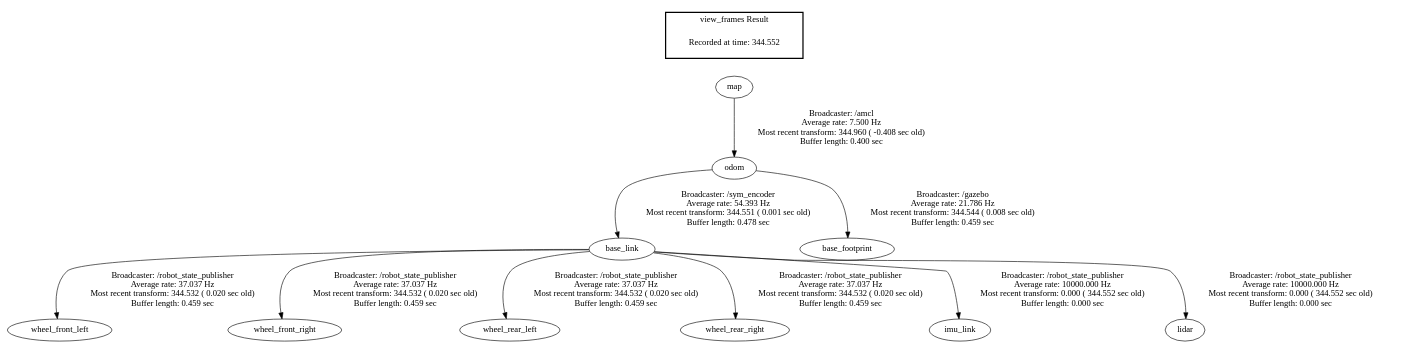
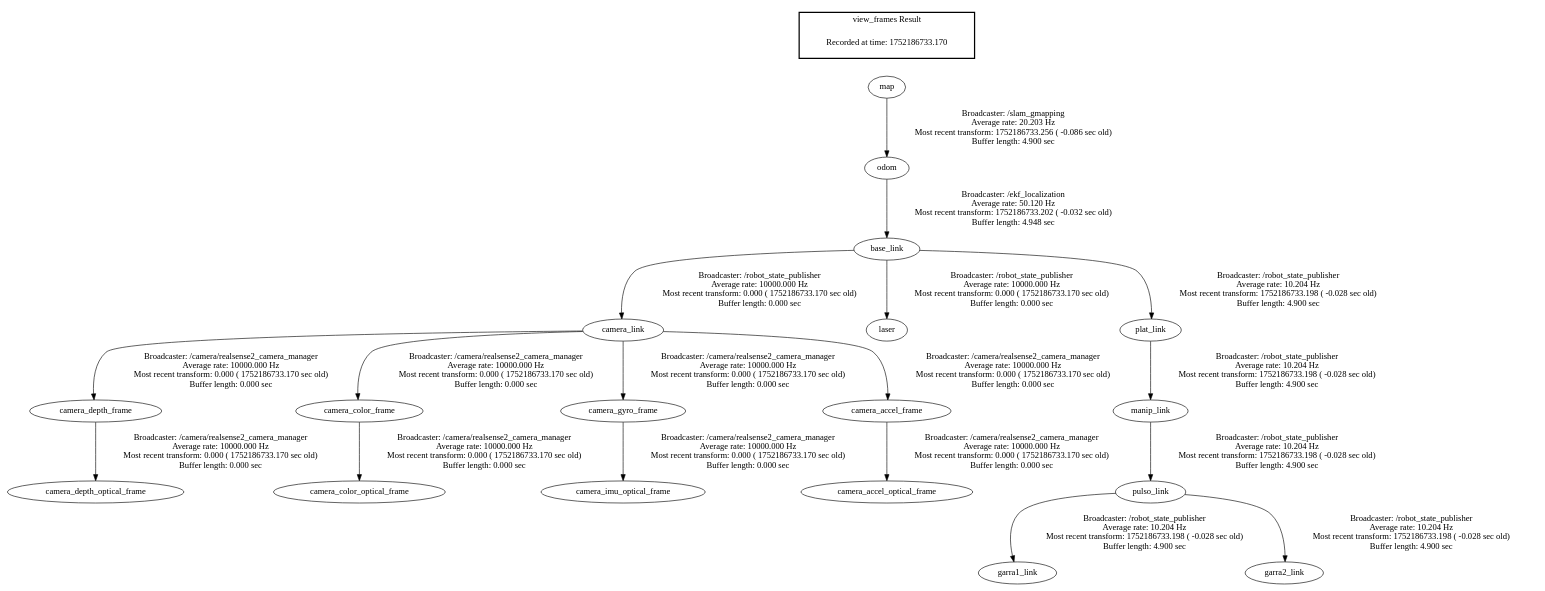
One commit to Grupo-SEMEAR-USP/Work_2025 changed the diagram in jetson/robot_ws/frames.gv. Above: the diagram before and after it, drawn with Graphviz. The commit also changed 16 other files, not shown here.

```diff
--- a/jetson/robot_ws/frames.gv
+++ b/jetson/robot_ws/frames.gv
@@ -1,15 +1,23 @@
 digraph G {
-"map" -> "odom"[label="Broadcaster: /amcl\nAverage rate: 7.500 Hz\nMost recent transform: 344.960 ( -0.408 sec old)\nBuffer length: 0.400 sec\n"];
-"base_link" -> "wheel_front_left"[label="Broadcaster: /robot_state_publisher\nAverage rate: 37.037 Hz\nMost recent transform: 344.532 ( 0.020 sec old)\nBuffer length: 0.459 sec\n"];
-"odom" -> "base_link"[label="Broadcaster: /sym_encoder\nAverage rate: 54.393 Hz\nMost recent transform: 344.551 ( 0.001 sec old)\nBuffer length: 0.478 sec\n"];
-"base_link" -> "wheel_front_right"[label="Broadcaster: /robot_state_publisher\nAverage rate: 37.037 Hz\nMost recent transform: 344.532 ( 0.020 sec old)\nBuffer length: 0.459 sec\n"];
-"base_link" -> "wheel_rear_left"[label="Broadcaster: /robot_state_publisher\nAverage rate: 37.037 Hz\nMost recent transform: 344.532 ( 0.020 sec old)\nBuffer length: 0.459 sec\n"];
-"base_link" -> "wheel_rear_right"[label="Broadcaster: /robot_state_publisher\nAverage rate: 37.037 Hz\nMost recent transform: 344.532 ( 0.020 sec old)\nBuffer length: 0.459 sec\n"];
-"odom" -> "base_footprint"[label="Broadcaster: /gazebo\nAverage rate: 21.786 Hz\nMost recent transform: 344.544 ( 0.008 sec old)\nBuffer length: 0.459 sec\n"];
-"base_link" -> "imu_link"[label="Broadcaster: /robot_state_publisher\nAverage rate: 10000.000 Hz\nMost recent transform: 0.000 ( 344.552 sec old)\nBuffer length: 0.000 sec\n"];
-"base_link" -> "lidar"[label="Broadcaster: /robot_state_publisher\nAverage rate: 10000.000 Hz\nMost recent transform: 0.000 ( 344.552 sec old)\nBuffer length: 0.000 sec\n"];
+"odom" -> "base_link"[label="Broadcaster: /ekf_localization\nAverage rate: 50.120 Hz\nMost recent transform: 1752186733.202 ( -0.032 sec old)\nBuffer length: 4.948 sec\n"];
+"map" -> "odom"[label="Broadcaster: /slam_gmapping\nAverage rate: 20.203 Hz\nMost recent transform: 1752186733.256 ( -0.086 sec old)\nBuffer length: 4.900 sec\n"];
+"camera_link" -> "camera_depth_frame"[label="Broadcaster: /camera/realsense2_camera_manager\nAverage rate: 10000.000 Hz\nMost recent transform: 0.000 ( 1752186733.170 sec old)\nBuffer length: 0.000 sec\n"];
+"base_link" -> "camera_link"[label="Broadcaster: /robot_state_publisher\nAverage rate: 10000.000 Hz\nMost recent transform: 0.000 ( 1752186733.170 sec old)\nBuffer length: 0.000 sec\n"];
+"camera_depth_frame" -> "camera_depth_optical_frame"[label="Broadcaster: /camera/realsense2_camera_manager\nAverage rate: 10000.000 Hz\nMost recent transform: 0.000 ( 1752186733.170 sec old)\nBuffer length: 0.000 sec\n"];
+"camera_link" -> "camera_color_frame"[label="Broadcaster: /camera/realsense2_camera_manager\nAverage rate: 10000.000 Hz\nMost recent transform: 0.000 ( 1752186733.170 sec old)\nBuffer length: 0.000 sec\n"];
+"camera_color_frame" -> "camera_color_optical_frame"[label="Broadcaster: /camera/realsense2_camera_manager\nAverage rate: 10000.000 Hz\nMost recent transform: 0.000 ( 1752186733.170 sec old)\nBuffer length: 0.000 sec\n"];
+"camera_link" -> "camera_gyro_frame"[label="Broadcaster: /camera/realsense2_camera_manager\nAverage rate: 10000.000 Hz\nMost recent transform: 0.000 ( 1752186733.170 sec old)\nBuffer length: 0.000 sec\n"];
+"camera_gyro_frame" -> "camera_imu_optical_frame"[label="Broadcaster: /camera/realsense2_camera_manager\nAverage rate: 10000.000 Hz\nMost recent transform: 0.000 ( 1752186733.170 sec old)\nBuffer length: 0.000 sec\n"];
+"camera_link" -> "camera_accel_frame"[label="Broadcaster: /camera/realsense2_camera_manager\nAverage rate: 10000.000 Hz\nMost recent transform: 0.000 ( 1752186733.170 sec old)\nBuffer length: 0.000 sec\n"];
+"camera_accel_frame" -> "camera_accel_optical_frame"[label="Broadcaster: /camera/realsense2_camera_manager\nAverage rate: 10000.000 Hz\nMost recent transform: 0.000 ( 1752186733.170 sec old)\nBuffer length: 0.000 sec\n"];
+"base_link" -> "laser"[label="Broadcaster: /robot_state_publisher\nAverage rate: 10000.000 Hz\nMost recent transform: 0.000 ( 1752186733.170 sec old)\nBuffer length: 0.000 sec\n"];
+"pulso_link" -> "garra1_link"[label="Broadcaster: /robot_state_publisher\nAverage rate: 10.204 Hz\nMost recent transform: 1752186733.198 ( -0.028 sec old)\nBuffer length: 4.900 sec\n"];
+"manip_link" -> "pulso_link"[label="Broadcaster: /robot_state_publisher\nAverage rate: 10.204 Hz\nMost recent transform: 1752186733.198 ( -0.028 sec old)\nBuffer length: 4.900 sec\n"];
+"pulso_link" -> "garra2_link"[label="Broadcaster: /robot_state_publisher\nAverage rate: 10.204 Hz\nMost recent transform: 1752186733.198 ( -0.028 sec old)\nBuffer length: 4.900 sec\n"];
+"plat_link" -> "manip_link"[label="Broadcaster: /robot_state_publisher\nAverage rate: 10.204 Hz\nMost recent transform: 1752186733.198 ( -0.028 sec old)\nBuffer length: 4.900 sec\n"];
+"base_link" -> "plat_link"[label="Broadcaster: /robot_state_publisher\nAverage rate: 10.204 Hz\nMost recent transform: 1752186733.198 ( -0.028 sec old)\nBuffer length: 4.900 sec\n"];
 edge [style=invis];
  subgraph cluster_legend { style=bold; color=black; label ="view_frames Result";
-"Recorded at time: 344.552"[ shape=plaintext ] ;
+"Recorded at time: 1752186733.170"[ shape=plaintext ] ;
  }->"map";
 }
```
